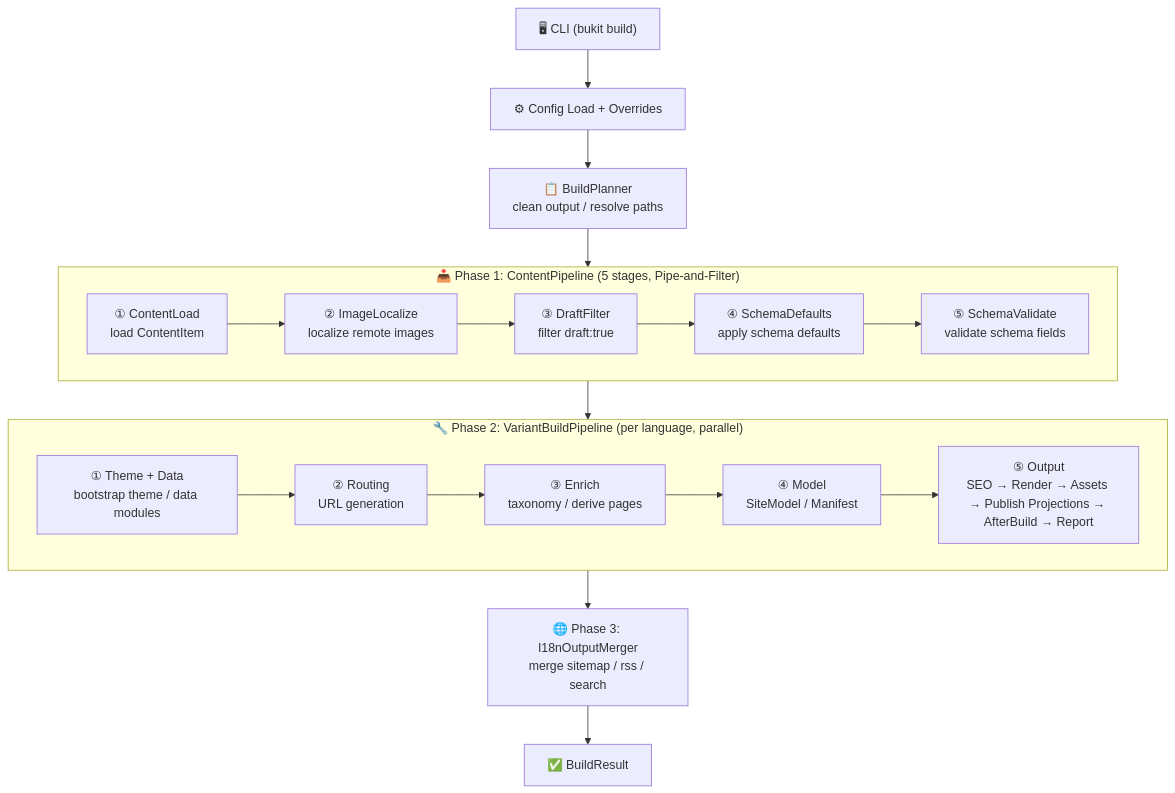
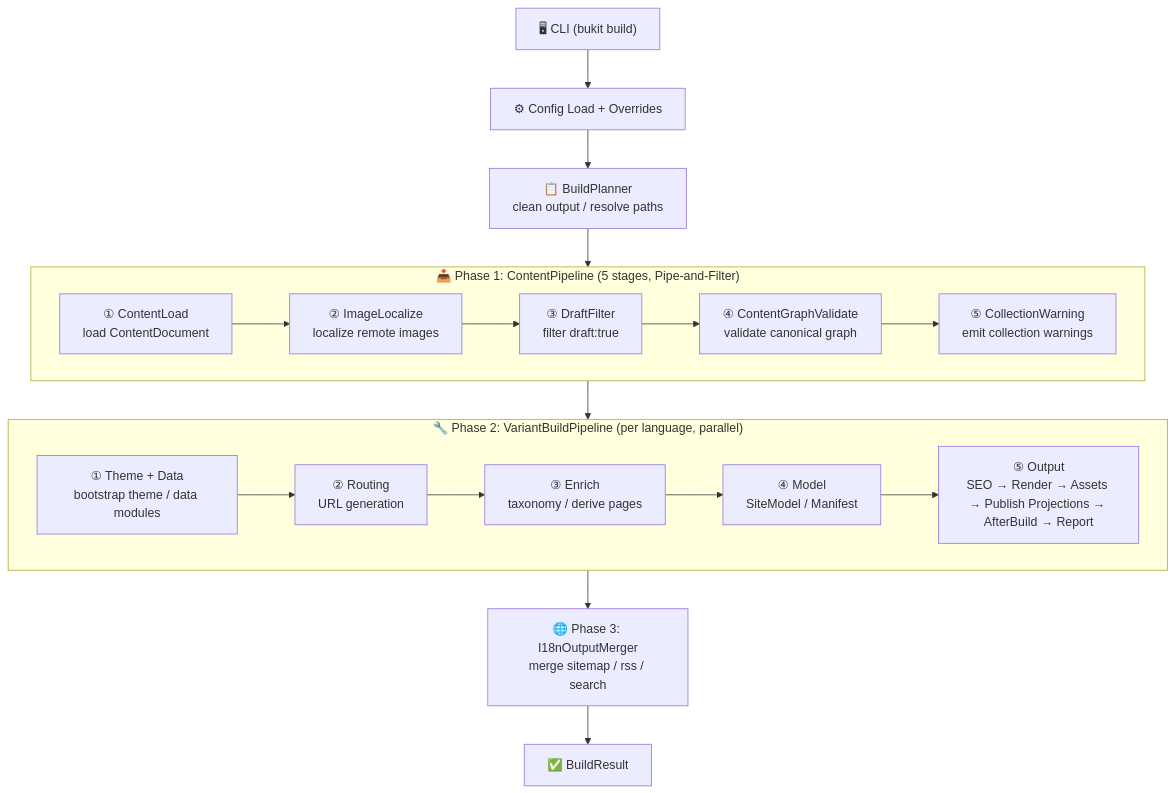
Before and after one commit to ALi365-SDN-BHD/Bukit: the diagram in guide/dev/architecture.md, drawn with Mermaid. The commit also changed 56 other files, not shown here.

First line of the commit message:
refactor: 完成vNext内容模型schema与内容管道重构

````diff
--- a/guide/dev/architecture.md
+++ b/guide/dev/architecture.md
@@ -7,23 +7,23 @@
 ```mermaid
 flowchart TD
     CLI["🖥 CLI (bukit build)"] --> CFG["⚙ Config Load + Overrides"]
     CFG --> P0["📋 BuildPlanner<br/>clean output / resolve paths"]
 
     subgraph P1["📥 Phase 1: ContentPipeline (5 stages, Pipe-and-Filter)"]
         direction LR
-        C1["① ContentLoad<br/>load ContentItem"] --> C2["② ImageLocalize<br/>localize remote images"] --> C3["③ DraftFilter<br/>filter draft:true"] --> C4["④ SchemaDefaults<br/>apply schema defaults"] --> C5["⑤ SchemaValidate<br/>validate schema fields"]
+        C1["① ContentLoad<br/>load ContentDocument"] --> C2["② ImageLocalize<br/>localize remote images"] --> C3["③ DraftFilter<br/>filter draft:true"] --> C4["④ ContentGraphValidate<br/>validate canonical graph"] --> C5["⑤ CollectionWarning<br/>emit collection warnings"]
     end
 
     P0 --> C1
 
     subgraph P2["🔧 Phase 2: VariantBuildPipeline (per language, parallel)"]
         direction LR
         G1["① Theme + Data<br/>bootstrap theme / data modules"] --> G2["② Routing<br/>URL generation"] --> G3["③ Enrich<br/>taxonomy / derive pages"] --> G4["④ Model<br/>SiteModel / Manifest"] --> G5["⑤ Output<br/>SEO → Render → Assets → Publish Projections → AfterBuild → Report"]
     end
 
     C5 --> G1
 
     P3["🌐 Phase 3: I18nOutputMerger<br/>merge sitemap / rss / search"]
     G5 --> P3
     P3 --> RESULT["✅ BuildResult"]
 ```
````
